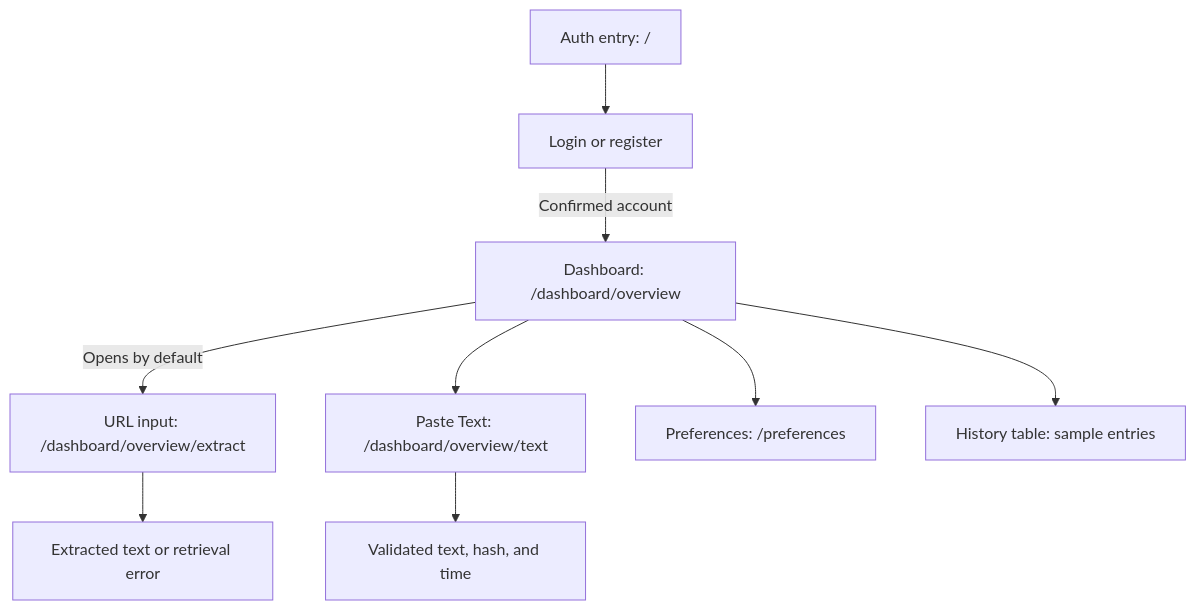
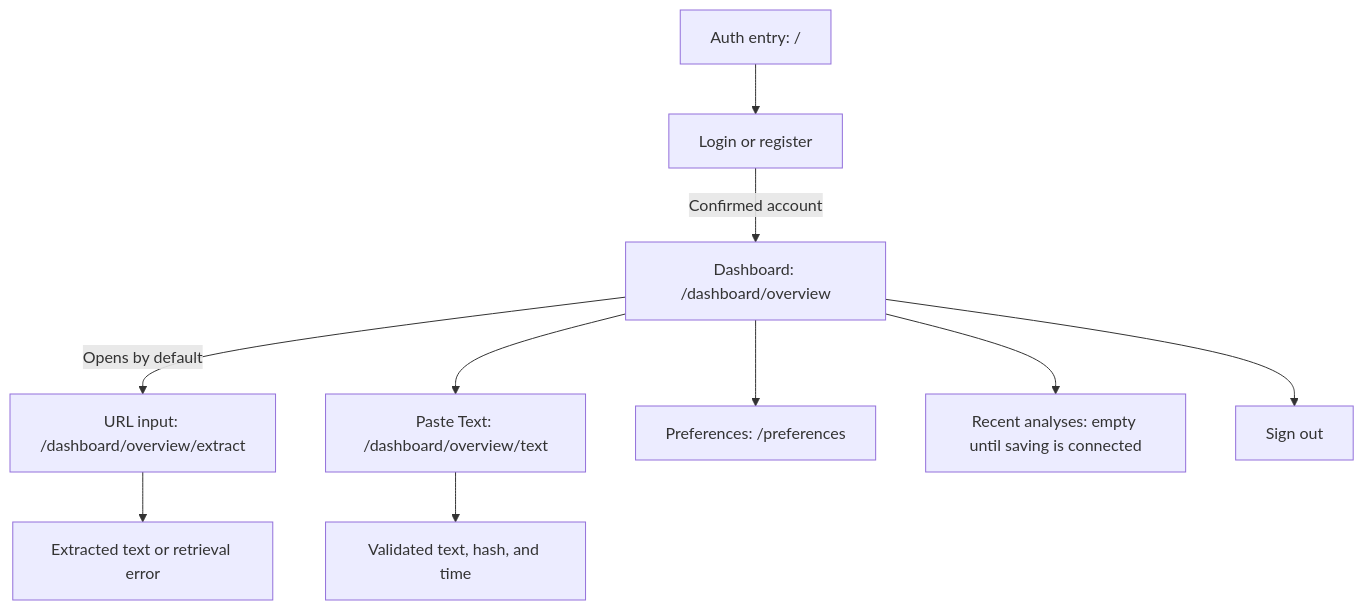
Before and after one commit to UNLV-CS472-672/2026-F-GROUP2-ClearConsent: the first of 3 diagrams in docs/design/dashboard-navigation.md, drawn with Mermaid. The commit also changed other lines of this file and 2 other files, not shown here.

Commit message:
fix: show honest dashboard history empty state (#44)

````diff
--- a/docs/design/dashboard-navigation.md
+++ b/docs/design/dashboard-navigation.md
@@ -7,11 +7,12 @@
 ```mermaid
 flowchart TD
     Entry["Auth entry: /"] --> Login["Login or register"]
     Login -->|"Confirmed account"| Dashboard
     Dashboard["Dashboard: /dashboard/overview"] -->|"Opens by default"| URL["URL input: /dashboard/overview/extract"]
     Dashboard --> Text["Paste Text: /dashboard/overview/text"]
     Dashboard --> Preferences["Preferences: /preferences"]
-    Dashboard --> History["History table: sample entries"]
+    Dashboard --> History["Recent analyses: empty until saving is connected"]
+    Dashboard --> SignOut["Sign out"]
     URL --> ExtractOutput["Extracted text or retrieval error"]
     Text --> TextOutput["Validated text, hash, and time"]
 ```
````
